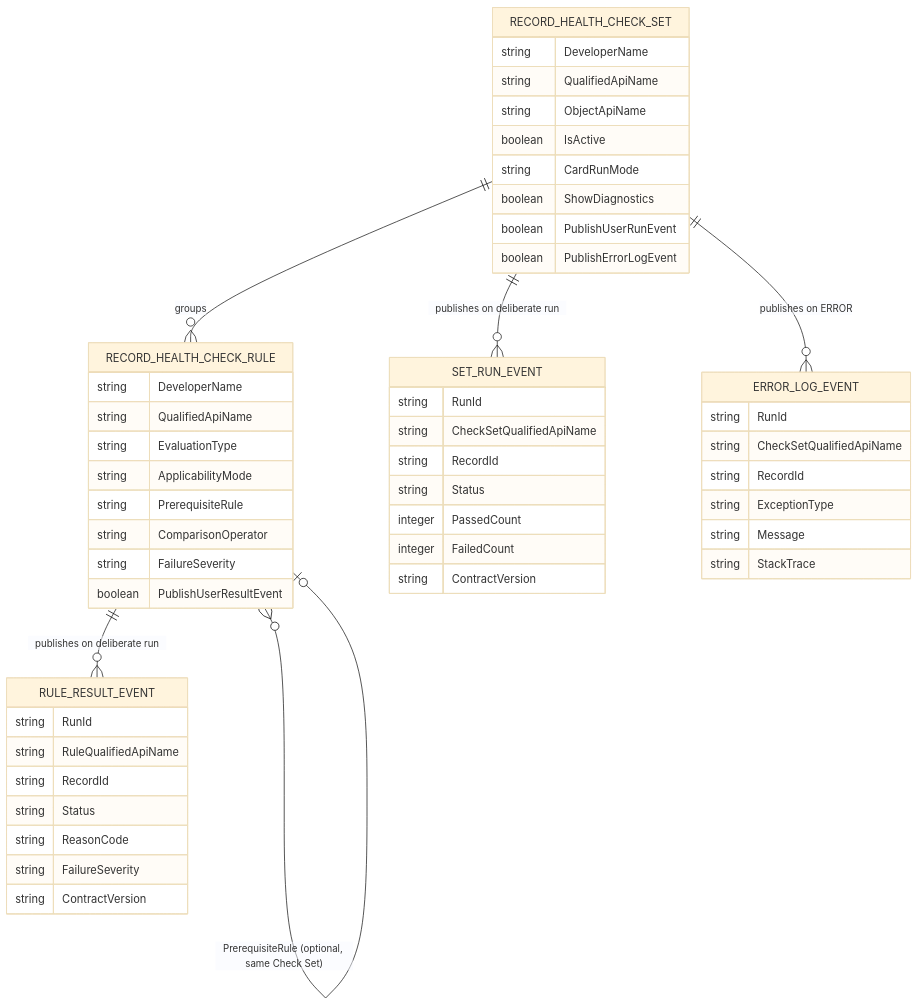
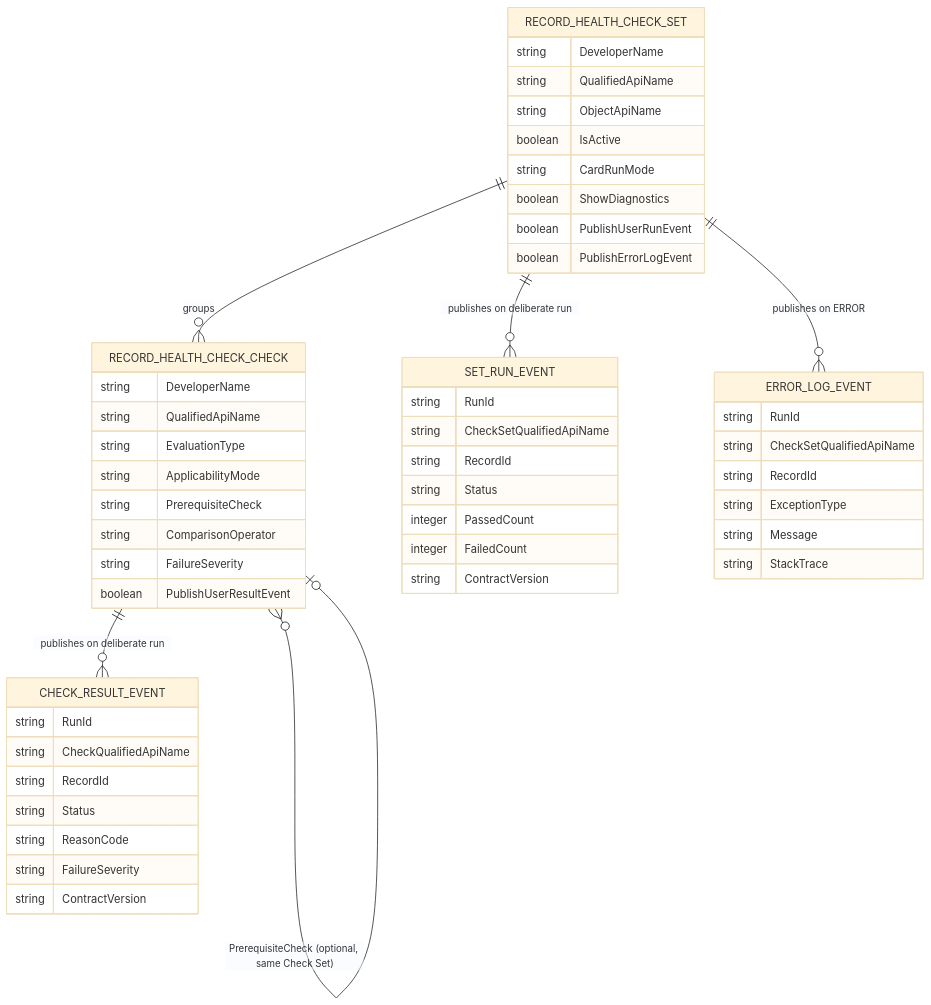
Before and after one commit to gkolan/record-health-check: the diagram in docs/reference/framework/03-data-model.md, drawn with Mermaid (base theme). The commit also changed other lines of this file and 640 other files, not shown here.

Commit message:
refactor: rename health check rules to checks

````diff
--- a/docs/reference/framework/03-data-model.md
+++ b/docs/reference/framework/03-data-model.md
@@ -12,56 +12,56 @@
 ```mermaid
 erDiagram
-    RECORD_HEALTH_CHECK_SET ||--o{ RECORD_HEALTH_CHECK_RULE : "groups"
+    RECORD_HEALTH_CHECK_SET ||--o{ RECORD_HEALTH_CHECK_CHECK : "groups"
     RECORD_HEALTH_CHECK_SET {
         string DeveloperName
         string QualifiedApiName
         string ObjectApiName
         boolean IsActive
         string CardRunMode
         boolean ShowDiagnostics
         boolean PublishUserRunEvent
         boolean PublishErrorLogEvent
     }
-    RECORD_HEALTH_CHECK_RULE {
+    RECORD_HEALTH_CHECK_CHECK {
         string DeveloperName
         string QualifiedApiName
         string EvaluationType
         string ApplicabilityMode
-        string PrerequisiteRule
+        string PrerequisiteCheck
         string ComparisonOperator
         string FailureSeverity
         boolean PublishUserResultEvent
     }
-    RECORD_HEALTH_CHECK_RULE }o--o| RECORD_HEALTH_CHECK_RULE : "PrerequisiteRule (optional, same Check Set)"
+    RECORD_HEALTH_CHECK_CHECK }o--o| RECORD_HEALTH_CHECK_CHECK : "PrerequisiteCheck (optional, same Check Set)"
 
     RECORD_HEALTH_CHECK_SET ||--o{ SET_RUN_EVENT : "publishes on deliberate run"
-    RECORD_HEALTH_CHECK_RULE ||--o{ RULE_RESULT_EVENT : "publishes on deliberate run"
+    RECORD_HEALTH_CHECK_CHECK ||--o{ CHECK_RESULT_EVENT : "publishes on deliberate run"
     RECORD_HEALTH_CHECK_SET ||--o{ ERROR_LOG_EVENT : "publishes on ERROR"
 
     SET_RUN_EVENT {
         string RunId
         string CheckSetQualifiedApiName
         string RecordId
         string Status
         integer PassedCount
         integer FailedCount
         string ContractVersion
     }
-    RULE_RESULT_EVENT {
+    CHECK_RESULT_EVENT {
         string RunId
-        string RuleQualifiedApiName
+        string CheckQualifiedApiName
         string RecordId
         string Status
         string ReasonCode
         string FailureSeverity
         string ContractVersion
     }
     ERROR_LOG_EVENT {
         string RunId
         string CheckSetQualifiedApiName
         string RecordId
         string ExceptionType
         string Message
         string StackTrace
     }
 ```
````
